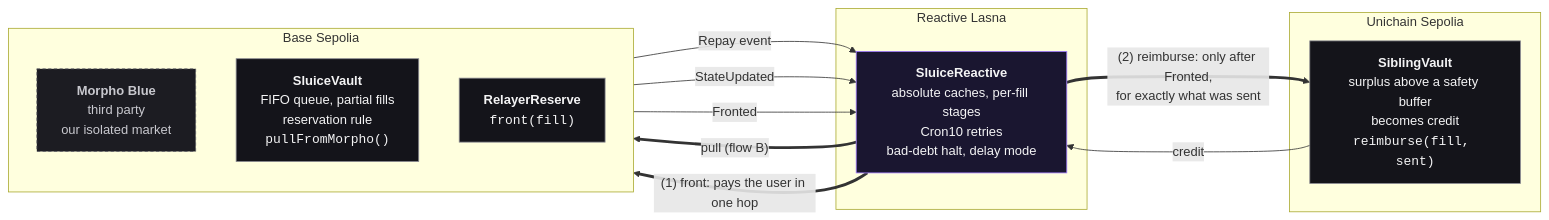
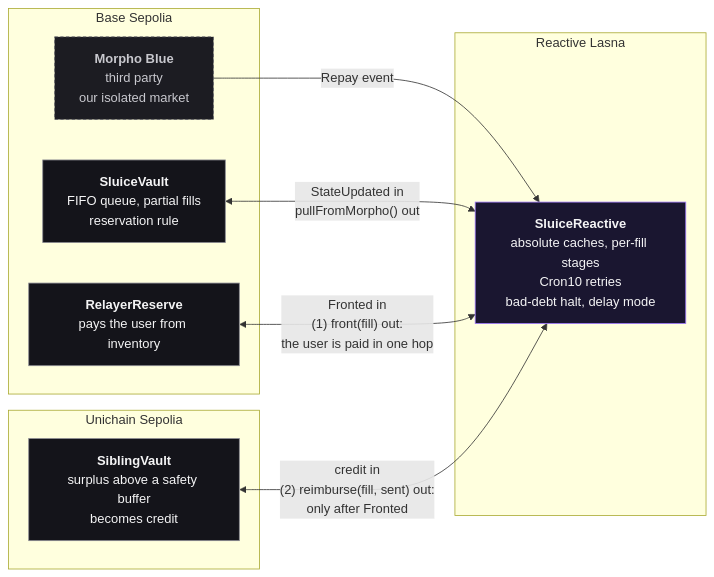
Before and after one commit to isithore002/Sluice: the diagram in README.md, drawn with Mermaid. The commit also changed other lines of this file, not shown here.

Commit message:
Docs: simplify the architecture graph to four straight connections so the boxes stack without crossings

````diff
--- a/README.md
+++ b/README.md
@@ -60,32 +60,28 @@
 ```mermaid
 flowchart LR
   subgraph BASE["Base Sepolia"]
-    direction TB
     MORPHO["<b>Morpho Blue</b><br/>third party<br/>our isolated market"]
-    VAULT["<b>SluiceVault</b><br/>FIFO queue, partial fills<br/>reservation rule<br/><code>pullFromMorpho()</code>"]
-    RESERVE["<b>RelayerReserve</b><br/><code>front(fill)</code>"]
+    VAULT["<b>SluiceVault</b><br/>FIFO queue, partial fills<br/>reservation rule"]
+    RESERVE["<b>RelayerReserve</b><br/>pays the user from inventory"]
   end
 
   subgraph LASNA["Reactive Lasna"]
     REACTIVE["<b>SluiceReactive</b><br/>absolute caches, per-fill stages<br/>Cron10 retries<br/>bad-debt halt, delay mode"]
   end
 
   subgraph UNI["Unichain Sepolia"]
-    SIBLING["<b>SiblingVault</b><br/>surplus above a safety buffer<br/>becomes credit<br/><code>reimburse(fill, sent)</code>"]
+    SIBLING["<b>SiblingVault</b><br/>surplus above a safety buffer<br/>becomes credit"]
   end
 
   MORPHO -- "Repay event" --> REACTIVE
-  VAULT -- "StateUpdated" --> REACTIVE
-  RESERVE -- "Fronted" --> REACTIVE
-  SIBLING -- "credit" --> REACTIVE
-  REACTIVE == "pull (flow B)" ==> VAULT
-  REACTIVE == "(1) front: pays the user in one hop" ==> RESERVE
-  REACTIVE == "(2) reimburse: only after Fronted,<br/>for exactly what was sent" ==> SIBLING
+  VAULT <-- "StateUpdated in<br/>pullFromMorpho() out" --> REACTIVE
+  RESERVE <-- "Fronted in<br/>(1) front(fill) out:<br/>the user is paid in one hop" --> REACTIVE
+  SIBLING <-- "credit in<br/>(2) reimburse(fill, sent) out:<br/>only after Fronted" --> REACTIVE
 
   classDef ours fill:#14141a,stroke:#8a8a92,color:#f4f4f5
   classDef third fill:#1c1c22,stroke:#5a5a62,color:#c8c8ce,stroke-dasharray: 4 3
   classDef rx fill:#1a1630,stroke:#a27cff,color:#f4f4f5
   class VAULT,RESERVE,SIBLING ours
   class MORPHO third
   class REACTIVE rx
 ```
````
